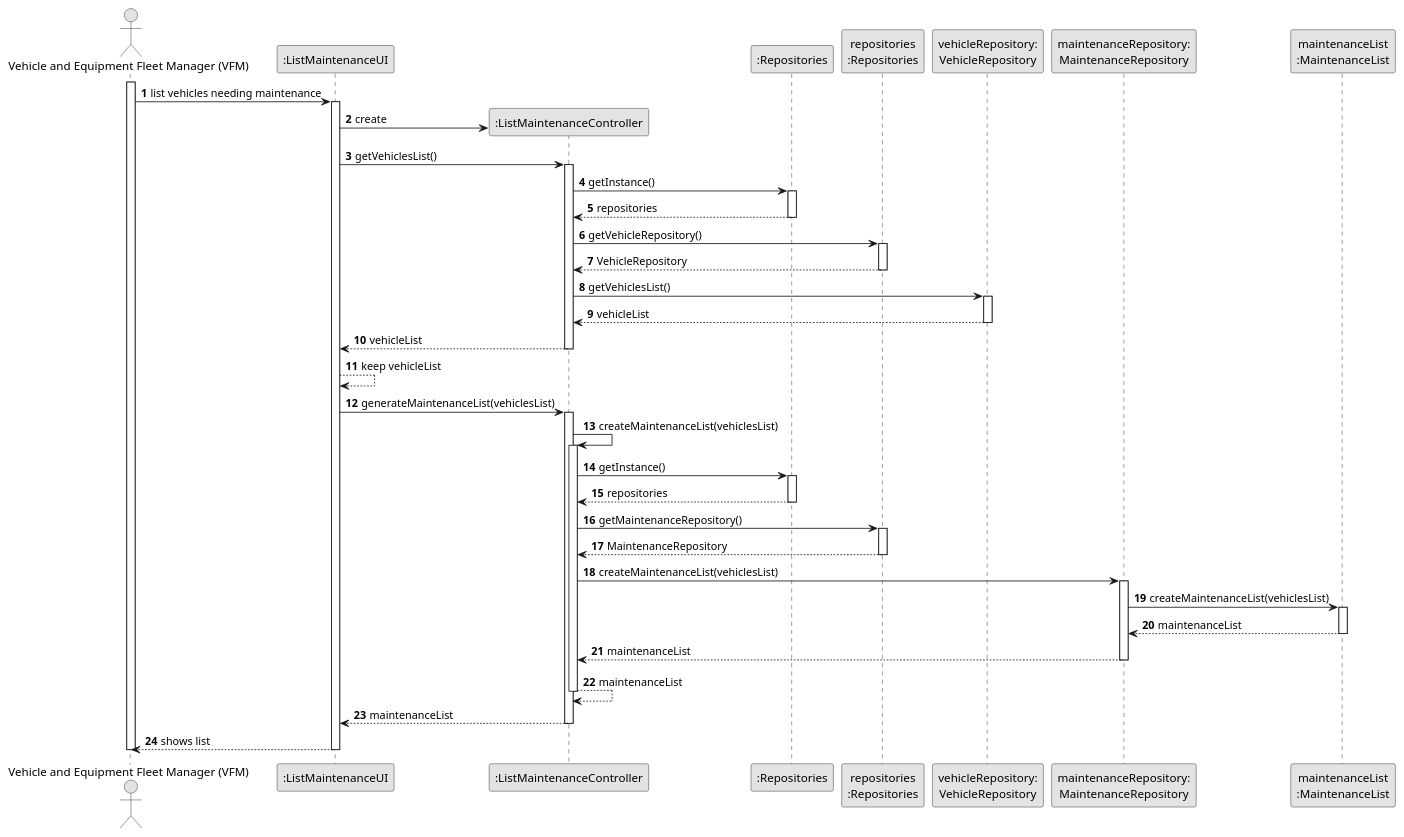
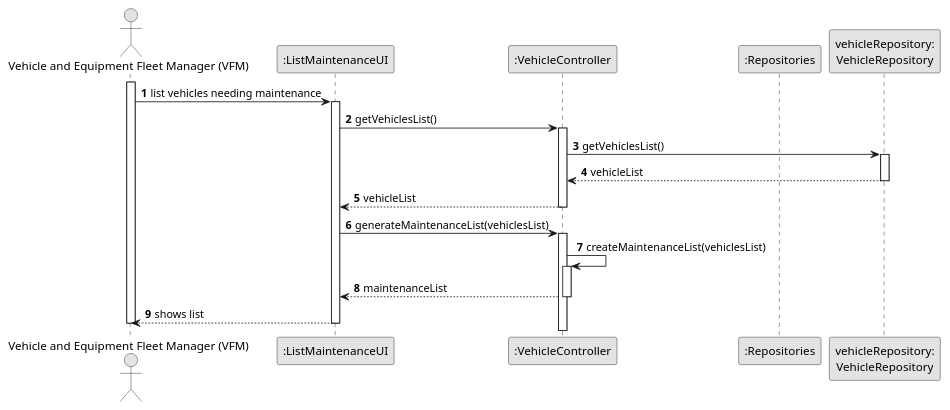
One commit to RicardoMorim/lapr2-ISEP-Project changed the diagram in docs/sprintB/us008/03.design/puml/us008-sequence-diagram-full.puml. Above: the diagram before and after it, drawn with PlantUML. The commit also changed 1 other file, not shown here.

Commit message:
updated the full diagram of the us007 and us0008

```diff
--- a/docs/sprintB/us008/03.design/puml/us008-sequence-diagram-full.puml
+++ b/docs/sprintB/us008/03.design/puml/us008-sequence-diagram-full.puml
@@ -1,92 +1,50 @@
 @startuml
 skinparam monochrome true
 skinparam packageStyle rectangle
 skinparam shadowing false
 
 autonumber
 
 'hide footbox
 actor "Vehicle and Equipment Fleet Manager (VFM)" as VFM
 participant ":ListMaintenanceUI" as UI
-participant ":ListMaintenanceController" as CTRL
+participant ":VehicleController" as CTRL
 participant ":Repositories" as RepositorySingleton
-participant "repositories\n:Repositories" as PLAT
 participant "vehicleRepository:\nVehicleRepository" as VehicleRepository
-participant "maintenanceRepository:\nMaintenanceRepository" as MaintenanceRepository
-participant "maintenanceList\n:MaintenanceList" as MaintenanceList
+
 
 activate VFM
 
     VFM -> UI :list vehicles needing maintenance
     activate UI
 
-        UI -> CTRL** : create
+
 
         UI -> CTRL : getVehiclesList()
         activate CTRL
-
-            CTRL -> RepositorySingleton : getInstance()
-            activate RepositorySingleton
-
-                RepositorySingleton --> CTRL: repositories
-            deactivate RepositorySingleton
-
-            CTRL -> PLAT : getVehicleRepository()
-            activate PLAT
-
-                PLAT --> CTRL: VehicleRepository
-            deactivate PLAT
 
             CTRL -> VehicleRepository : getVehiclesList()
             activate VehicleRepository
 
                 VehicleRepository --> CTRL : vehicleList
             deactivate VehicleRepository
 
             CTRL --> UI : vehicleList
         deactivate CTRL
 
-        UI --> UI : keep vehicleList
 
         UI -> CTRL : generateMaintenanceList(vehiclesList)
         activate CTRL
 
             CTRL -> CTRL : createMaintenanceList(vehiclesList)
             activate CTRL
-
-                CTRL -> RepositorySingleton : getInstance()
-                activate RepositorySingleton
-
-                    RepositorySingleton --> CTRL: repositories
-                deactivate RepositorySingleton
-
-                CTRL -> PLAT : getMaintenanceRepository()
-                activate PLAT
-
-                    PLAT --> CTRL: MaintenanceRepository
-                deactivate PLAT
-
-                CTRL -> MaintenanceRepository : createMaintenanceList(vehiclesList)
-                activate MaintenanceRepository
-
-                    MaintenanceRepository -> MaintenanceList : createMaintenanceList(vehiclesList)
-                    activate MaintenanceList
-
-                    MaintenanceList --> MaintenanceRepository : maintenanceList
-                    deactivate MaintenanceList
-
-                MaintenanceRepository --> CTRL : maintenanceList
-                deactivate MaintenanceRepository
-
-            CTRL --> CTRL : maintenanceList
-            deactivate CTRL
 
             CTRL --> UI : maintenanceList
         deactivate CTRL
 
         UI --> VFM : shows list
     deactivate UI
 
 deactivate VFM
 
 @enduml
```
